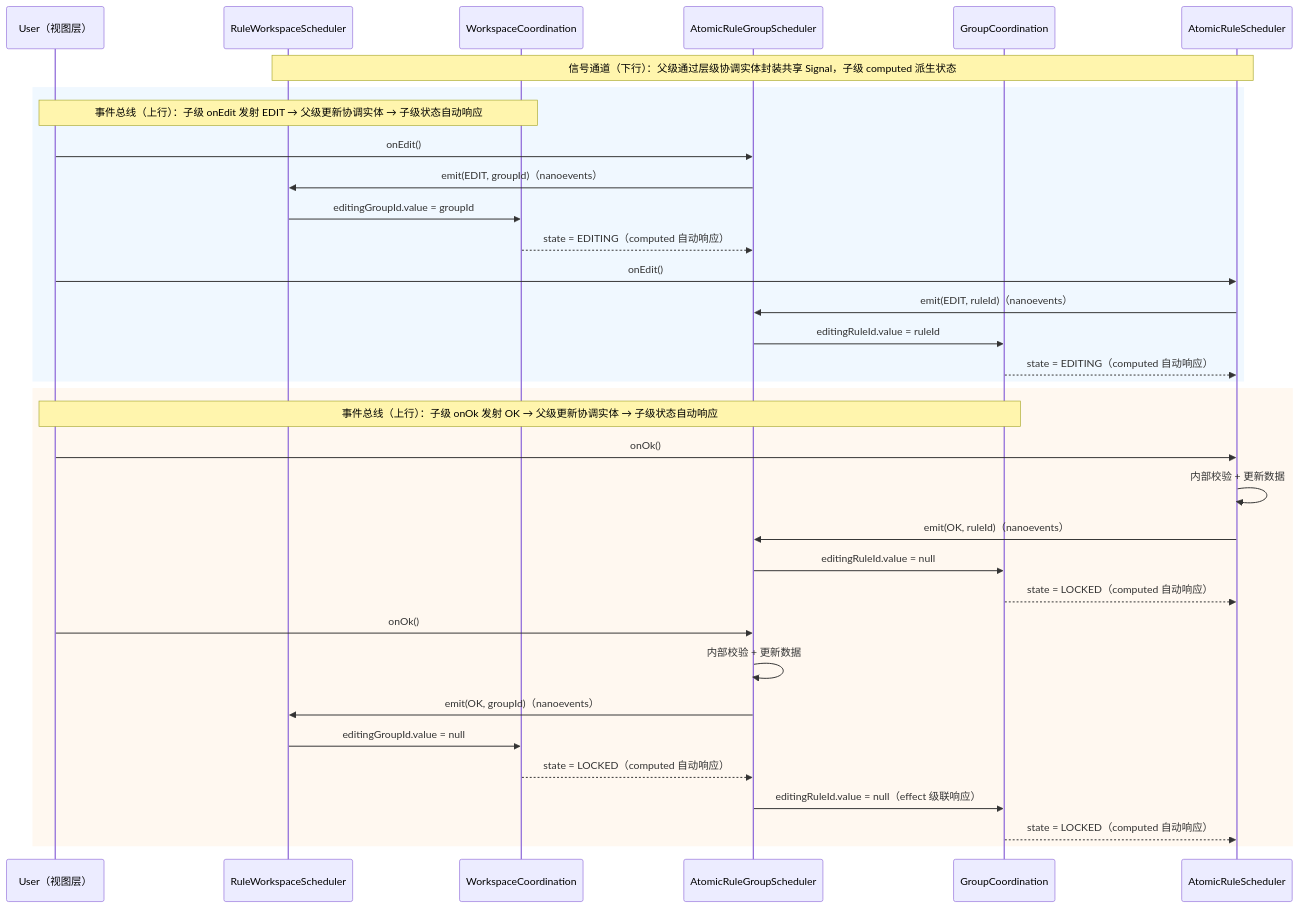
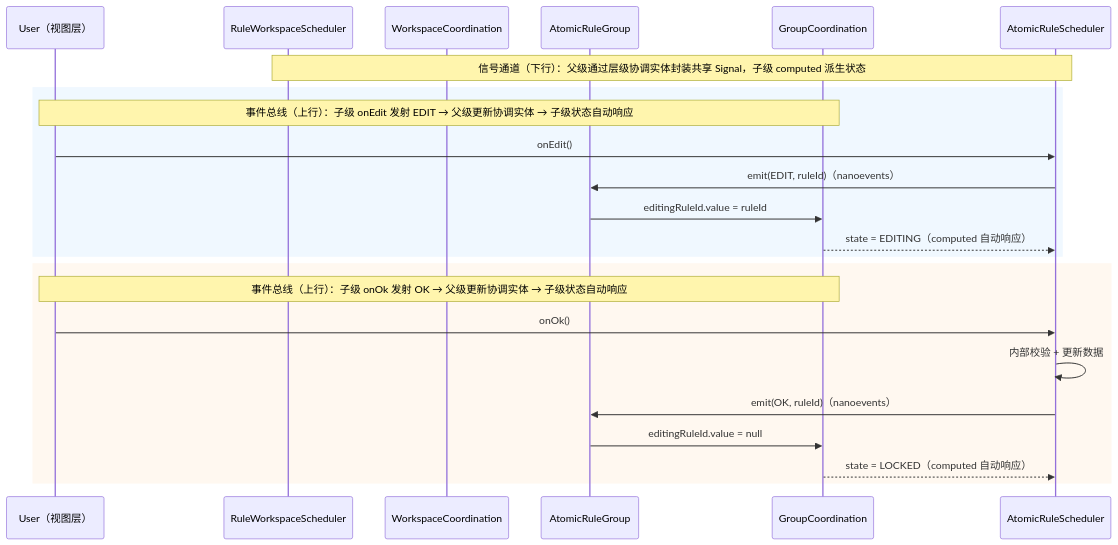
Before and after one commit to huang-xiao-jian/themis: the fourth of 4 diagrams in specs/core/application.md, drawn with Mermaid. The commit also changed other lines of this file and 1 other file, not shown here.

Commit message:
feat(core): 修订业务逻辑 Spec 取消 AtomicRuleGroup 编辑功能

````diff
--- a/specs/core/application.md
+++ b/specs/core/application.md
@@ -343,41 +324,28 @@
 ```mermaid
 sequenceDiagram
   participant U as User（视图层）
   participant WS as RuleWorkspaceScheduler
   participant WC as WorkspaceCoordination
-  participant G as AtomicRuleGroupScheduler
+  participant G as AtomicRuleGroup
   participant GC as GroupCoordination
   participant R as AtomicRuleScheduler
 
   Note over WS, R: 信号通道（下行）：父级通过层级协调实体封装共享 Signal，子级 computed 派生状态
 
   rect rgb(240, 248, 255)
-    Note over U, WC: 事件总线（上行）：子级 onEdit 发射 EDIT → 父级更新协调实体 → 子级状态自动响应
-    U->>G: onEdit()
-    G->>WS: emit(EDIT, groupId)（nanoevents）
-    WS->>WC: editingGroupId.value = groupId
-    WC-->>G: state = EDITING（computed 自动响应）
-
+    Note over U, GC: 事件总线（上行）：子级 onEdit 发射 EDIT → 父级更新协调实体 → 子级状态自动响应
     U->>R: onEdit()
     R->>G: emit(EDIT, ruleId)（nanoevents）
     G->>GC: editingRuleId.value = ruleId
     GC-->>R: state = EDITING（computed 自动响应）
   end
 
   rect rgb(255, 248, 240)
     Note over U, GC: 事件总线（上行）：子级 onOk 发射 OK → 父级更新协调实体 → 子级状态自动响应
     U->>R: onOk()
     R->>R: 内部校验 + 更新数据
     R->>G: emit(OK, ruleId)（nanoevents）
     G->>GC: editingRuleId.value = null
     GC-->>R: state = LOCKED（computed 自动响应）
-
-    U->>G: onOk()
-    G->>G: 内部校验 + 更新数据
-    G->>WS: emit(OK, groupId)（nanoevents）
-    WS->>WC: editingGroupId.value = null
-    WC-->>G: state = LOCKED（computed 自动响应）
-    G->>GC: editingRuleId.value = null（effect 级联响应）
-    GC-->>R: state = LOCKED（computed 自动响应）
   end
 ```
````
